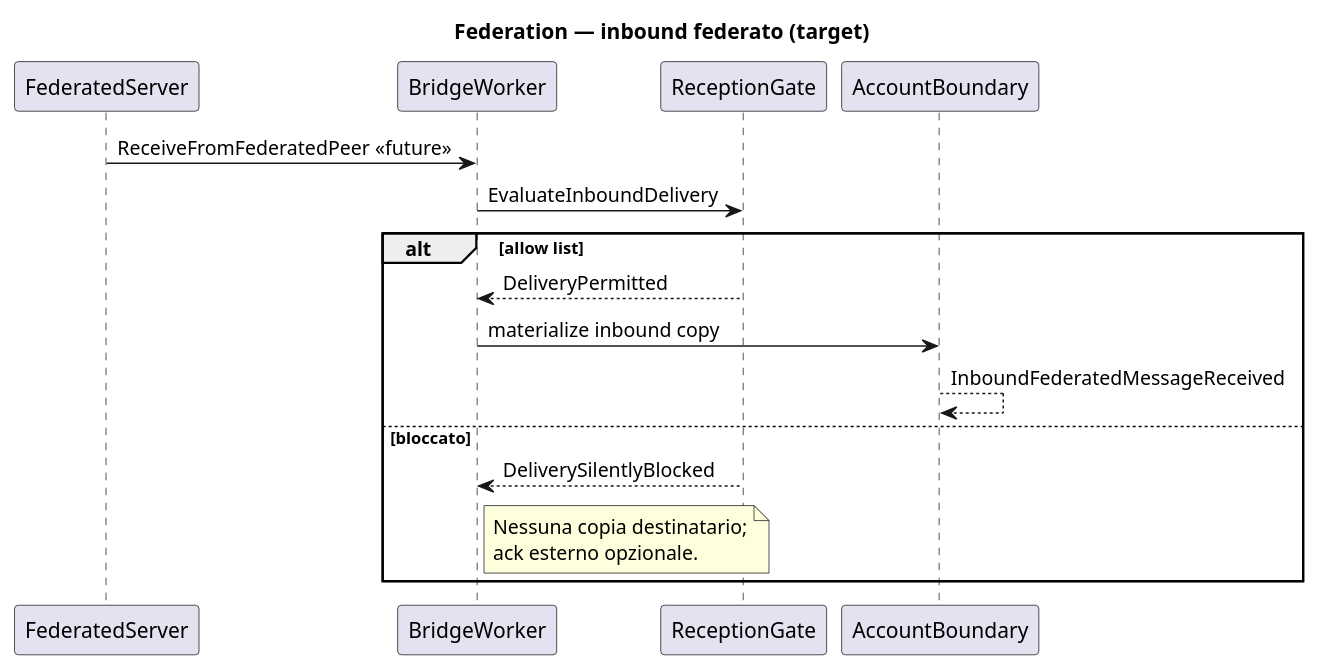
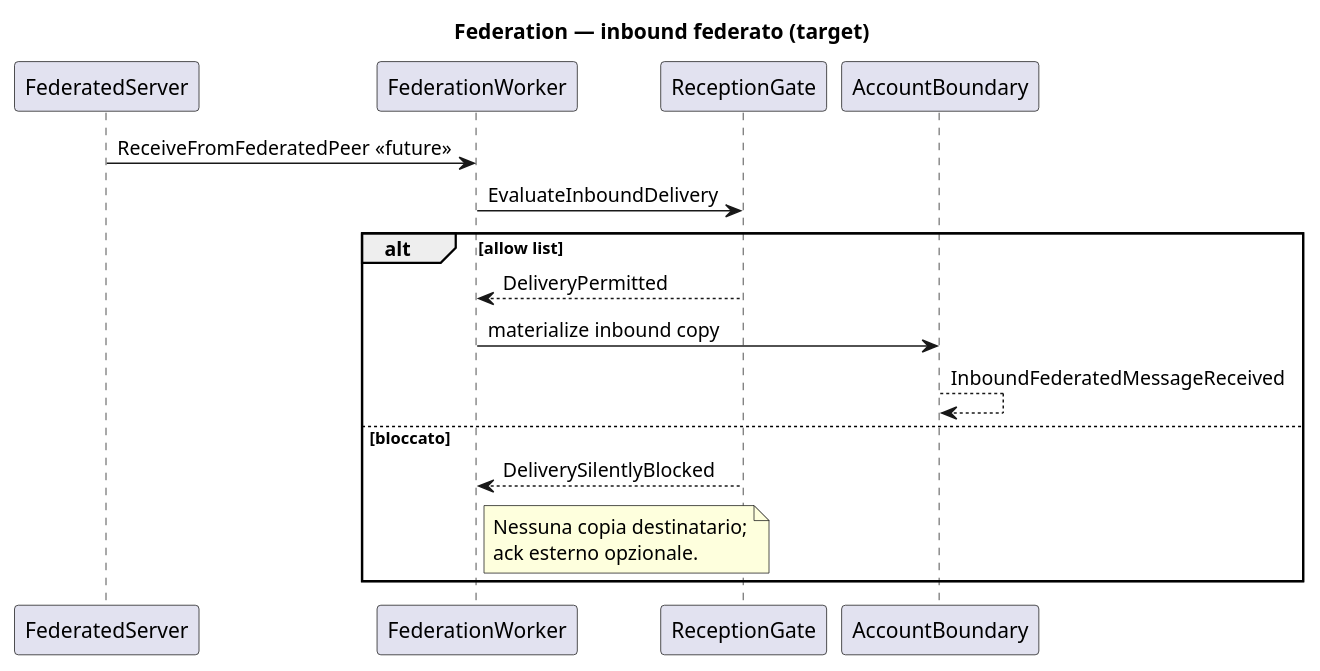
The diagram in docs/model/uml/federation/seq-federation-inbound.puml (alfred-im/alfred-im), drawn with PlantUML before and after one commit. The commit also changed 22 other files, not shown here.

```diff
--- a/docs/model/uml/federation/seq-federation-inbound.puml
+++ b/docs/model/uml/federation/seq-federation-inbound.puml
@@ -1,27 +1,27 @@
 @startuml seq-federation-inbound
 ' Context: federation
 ' Profile: platform
 ' Revision: 2026-07-27
 
 title Federation — inbound federato (target)
 
 participant "FederatedServer" as EXT
-participant "BridgeWorker" as B
+participant "FederationWorker" as B
 participant "ReceptionGate" as GATE
 participant "AccountBoundary" as AB
 
 EXT -> B : ReceiveFromFederatedPeer <<future>>
 B -> GATE : EvaluateInboundDelivery
 alt allow list
   GATE --> B : DeliveryPermitted
   B -> AB : materialize inbound copy
   AB --> AB : InboundFederatedMessageReceived
 else bloccato
   GATE --> B : DeliverySilentlyBlocked
   note right of B
     Nessuna copia destinatario;
     ack esterno opzionale.
   end note
 end
 
 @enduml
```
